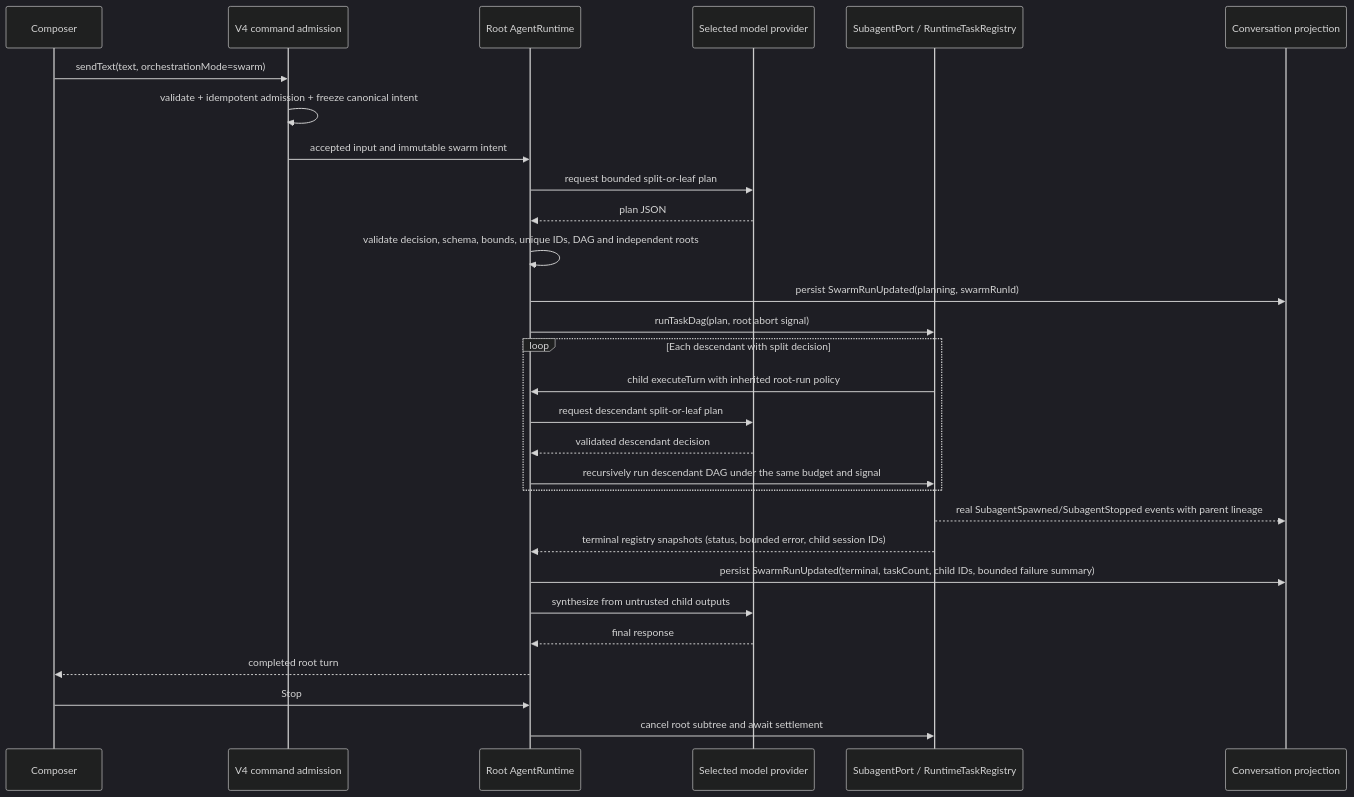
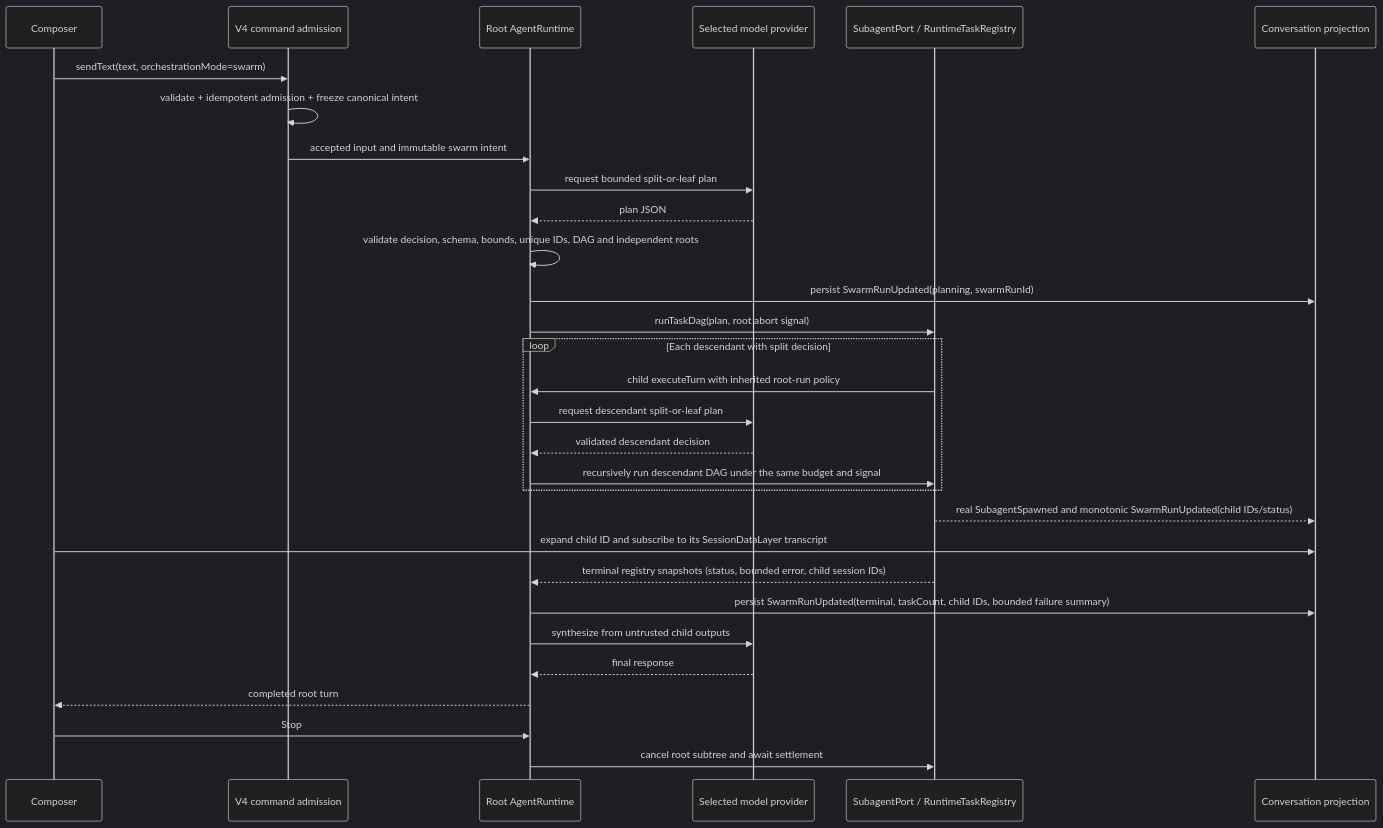
Before and after one commit to m1krot1k1/Zcode: the diagram in docs/specs/zcode-swarm-mode.md, drawn with Mermaid (dark theme). The commit also changed other lines of this file and 191 other files, not shown here.

````diff
--- a/docs/specs/zcode-swarm-mode.md
+++ b/docs/specs/zcode-swarm-mode.md
@@ -32,31 +49,32 @@
 ```mermaid
 sequenceDiagram
   participant UI as Composer
   participant Host as V4 command admission
   participant Core as Root AgentRuntime
   participant Model as Selected model provider
   participant Tasks as SubagentPort / RuntimeTaskRegistry
   participant Timeline as Conversation projection
   UI->>Host: sendText(text, orchestrationMode=swarm)
   Host->>Host: validate + idempotent admission + freeze canonical intent
   Host->>Core: accepted input and immutable swarm intent
   Core->>Model: request bounded split-or-leaf plan
   Model-->>Core: plan JSON
   Core->>Core: validate decision, schema, bounds, unique IDs, DAG and independent roots
   Core->>Timeline: persist SwarmRunUpdated(planning, swarmRunId)
   Core->>Tasks: runTaskDag(plan, root abort signal)
   loop Each descendant with split decision
     Tasks->>Core: child executeTurn with inherited root-run policy
     Core->>Model: request descendant split-or-leaf plan
     Model-->>Core: validated descendant decision
     Core->>Tasks: recursively run descendant DAG under the same budget and signal
   end
-  Tasks-->>Timeline: real SubagentSpawned/SubagentStopped events with parent lineage
+  Tasks-->>Timeline: real SubagentSpawned and monotonic SwarmRunUpdated(child IDs/status)
+  UI->>Timeline: expand child ID and subscribe to its SessionDataLayer transcript
   Tasks-->>Core: terminal registry snapshots (status, bounded error, child session IDs)
   Core->>Timeline: persist SwarmRunUpdated(terminal, taskCount, child IDs, bounded failure summary)
   Core->>Model: synthesize from untrusted child outputs
   Model-->>Core: final response
   Core-->>UI: completed root turn
   UI->>Core: Stop
   Core->>Tasks: cancel root subtree and await settlement
 ```
````
